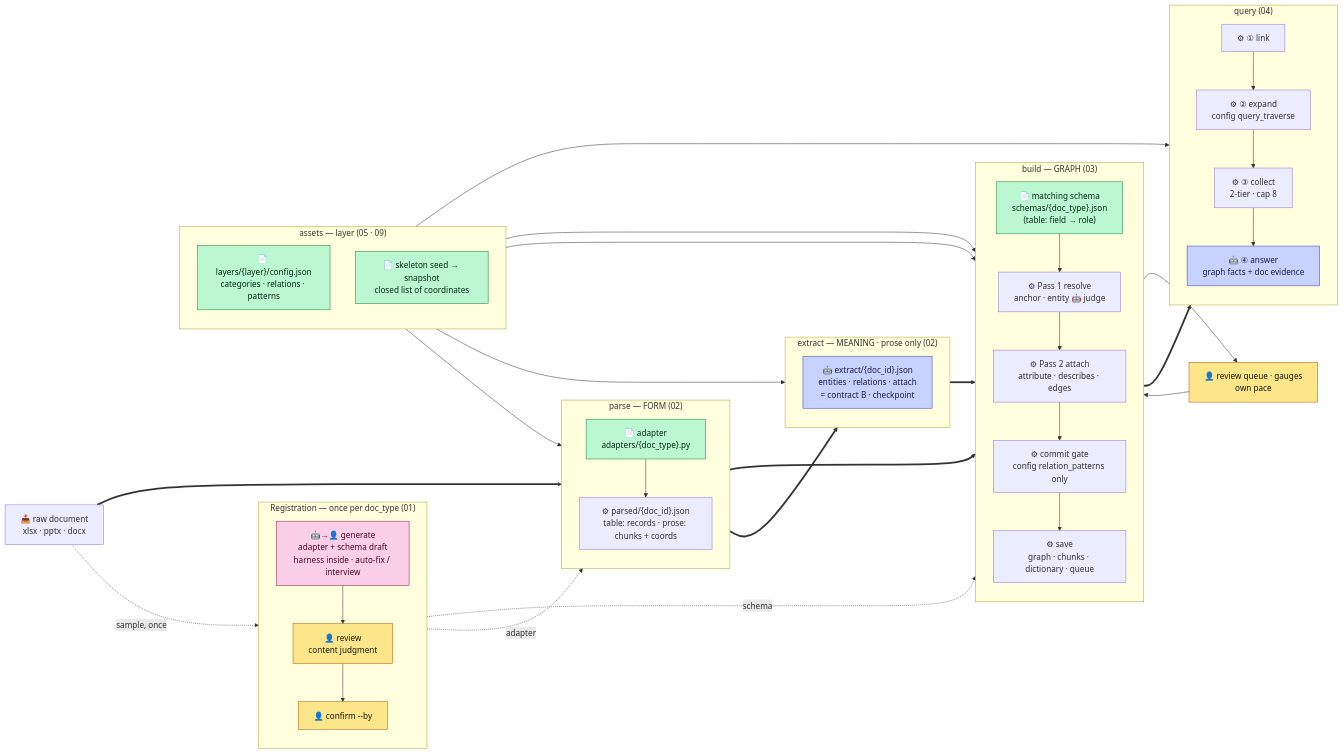
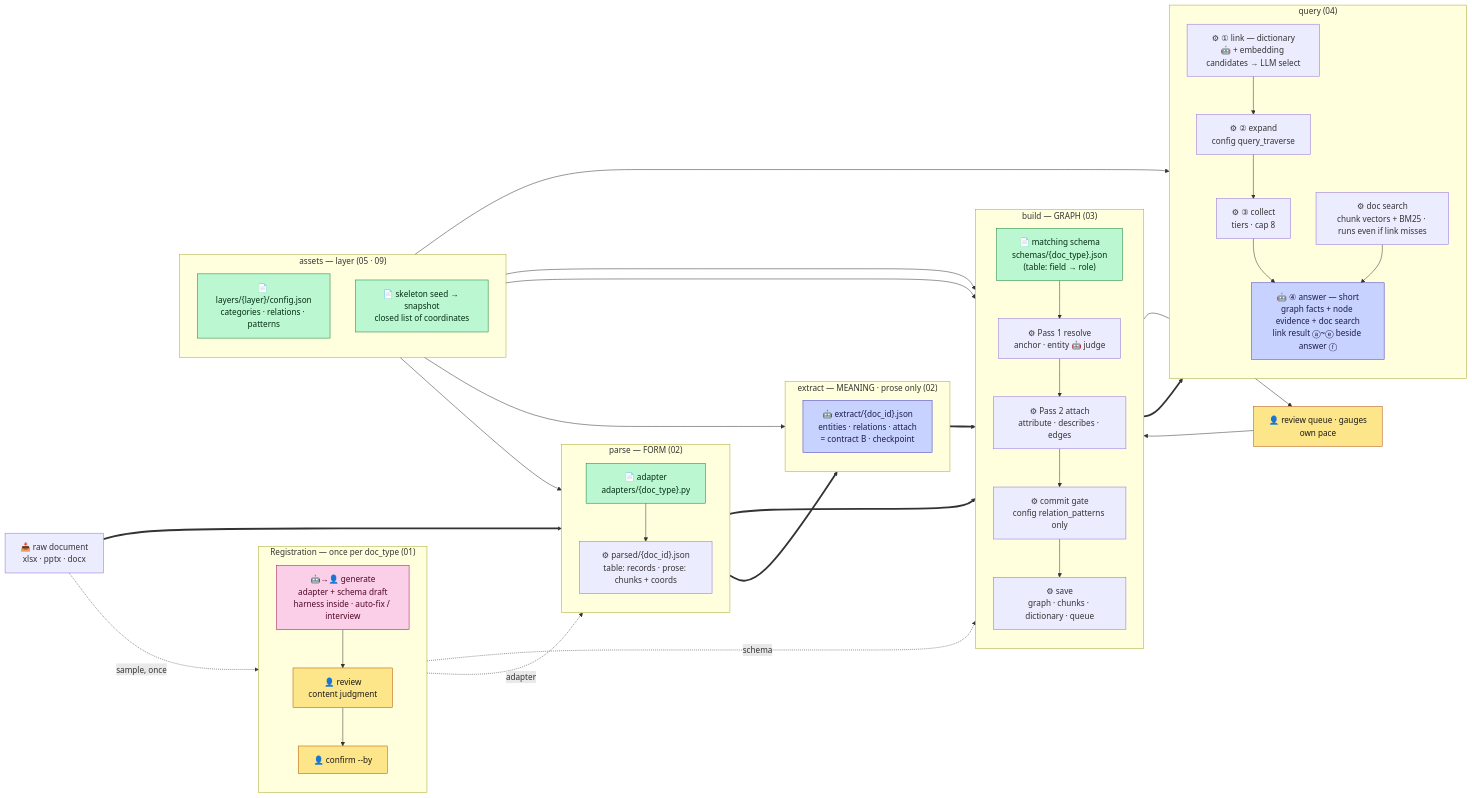
Before and after one commit to playjae0/ontology_system: the diagram in docs/구조도/00_전체_지도.md, drawn with Mermaid. The commit also changed other lines of this file and 7 other files, not shown here.

First line of the commit message:
B104 진행 중 ⑥ — 가이드 2B §6(링크 결과 읽는 법 · 두 채널 · 손잡이 넷 · 골든셋 10~20) · 증상표 넷 · 구조도 00/02/06 · 질의 모듈 칸 번호 바로잡음(4.1·4.3 · 닻 4.1·5.1)

````diff
--- a/docs/구조도/00_전체_지도.md
+++ b/docs/구조도/00_전체_지도.md
@@ -11,72 +11,73 @@
 ```mermaid
 flowchart LR
   DOC["📥 raw document<br/>xlsx · pptx · docx"]
 
   subgraph REG["Registration — once per doc_type  (01)"]
     direction TB
     GEN["🤖→👤 generate<br/>adapter + schema draft<br/>harness inside · auto-fix / interview"]
     REV["👤 review<br/>content judgment"]
     CONF["👤 confirm --by"]
     GEN --> REV --> CONF
   end
 
   subgraph PARSE["parse — FORM  (02)"]
     direction TB
     AD["📄 adapter<br/>adapters/{doc_type}.py"]
     PJ["⚙ parsed/{doc_id}.json<br/>table: records · prose: chunks + coords"]
     AD --> PJ
   end
 
   subgraph EXT["extract — MEANING · prose only  (02)"]
     direction TB
     EJ["🤖 extract/{doc_id}.json<br/>entities · relations · attach<br/>= contract B · checkpoint"]
   end
 
   subgraph BLD["build — GRAPH  (03)"]
     direction TB
     SC["📄 matching schema<br/>schemas/{doc_type}.json<br/>(table: field → role)"]
     R1["⚙ Pass 1 resolve<br/>anchor · entity  🤖 judge"]
     R2["⚙ Pass 2 attach<br/>attribute · describes · edges"]
     GT["⚙ commit gate<br/>config relation_patterns only"]
     SV["⚙ save<br/>graph · chunks · dictionary · queue"]
     SC --> R1 --> R2 --> GT --> SV
   end
 
   subgraph Q["query  (04)"]
     direction TB
-    LK["⚙ ① link"] --> EX2["⚙ ② expand<br/>config query_traverse"] --> CL["⚙ ③ collect<br/>2-tier · cap 8"] --> AN["🤖 ④ answer<br/>graph facts + doc evidence"]
+    LK["⚙ ① link — dictionary<br/>🤖 + embedding candidates → LLM select"] --> EX2["⚙ ② expand<br/>config query_traverse"] --> CL["⚙ ③ collect<br/>tiers · cap 8"] --> AN["🤖 ④ answer — short<br/>graph facts + node evidence + doc search<br/>link result ⓐ~ⓔ beside answer ⓕ"]
+    DS["⚙ doc search<br/>chunk vectors + BM25 · runs even if link misses"] --> AN
   end
 
   subgraph ASSET["assets — layer  (05 · 09)"]
     direction TB
     CFG["📄 layers/{layer}/config.json<br/>categories · relations · patterns"]
     SK["📄 skeleton seed → snapshot<br/>closed list of coordinates"]
   end
 
   OPS["👤 review queue · gauges<br/>own pace"]
 
   DOC -. "sample, once" .-> GEN
   CONF -. "adapter" .-> AD
   CONF -. "schema" .-> SC
   DOC ==> AD
   PJ ==> EJ
   PJ ==> R1
   EJ ==> R1
   SV ==> LK
   SK --> PJ
   SK --> R1
   CFG --> EJ
   CFG --> GT
   CFG --> EX2
   SV --> OPS
   OPS --> SV
 
   classDef human fill:#fde68a,stroke:#b45309,color:#1c1917
   classDef llm fill:#c7d2fe,stroke:#4338ca,color:#1e1b4b
   classDef asset fill:#bbf7d0,stroke:#15803d,color:#052e16
   classDef gen fill:#fbcfe8,stroke:#9d174d,color:#500724
   class REV,CONF,OPS human
   class EJ,AN llm
   class AD,SC,CFG,SK asset
   class GEN gen
 ```
````
